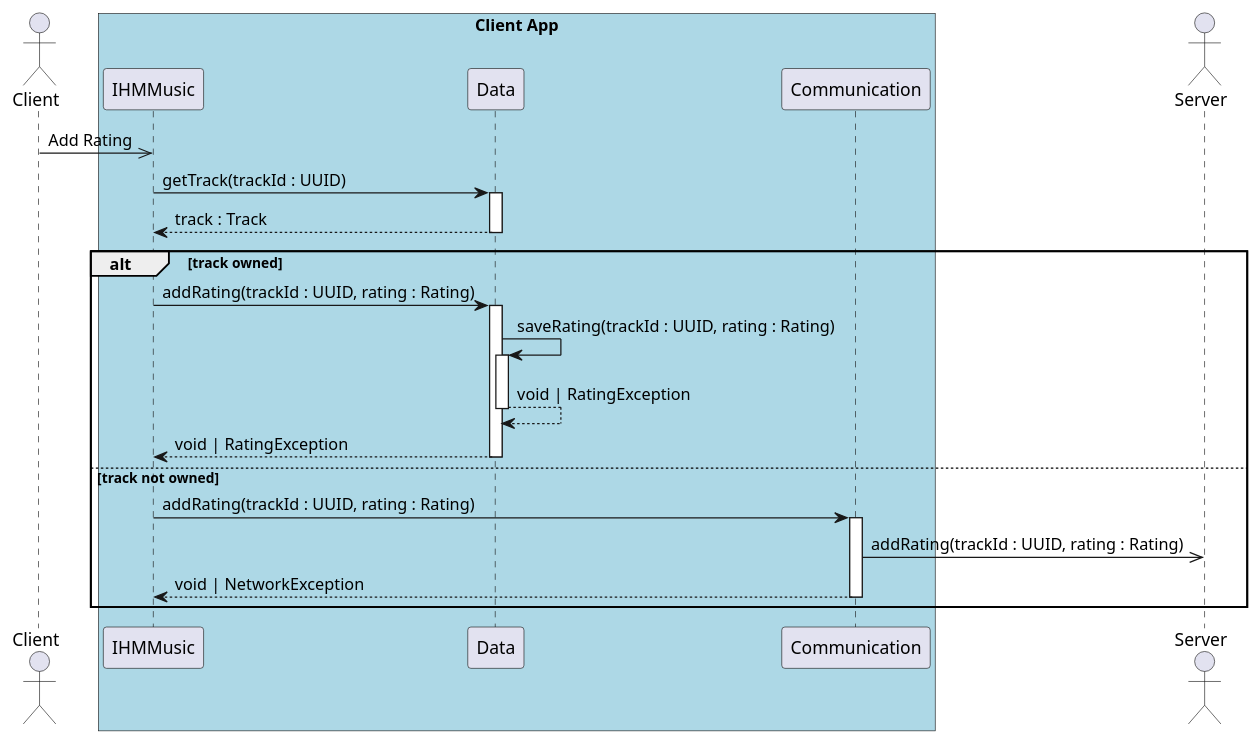
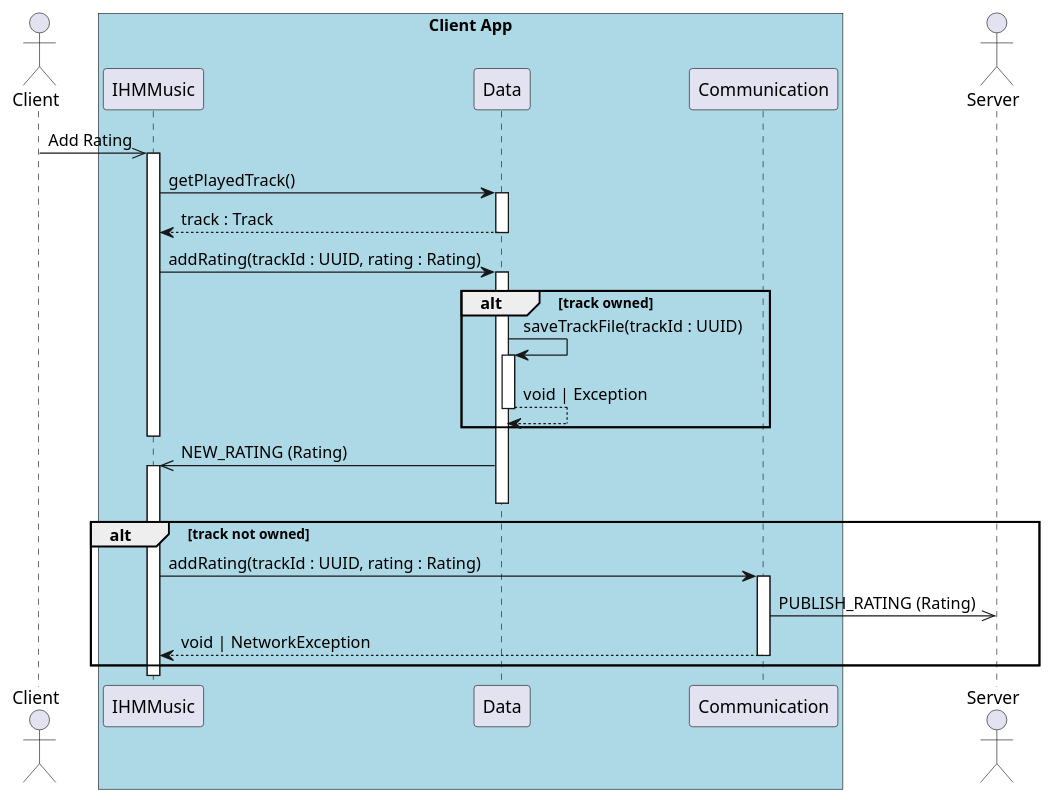
One commit to UTCAI12/Diagrams changed the diagram in sequence/4.1_add_rating_client.puml. Above: the diagram before and after it, drawn with PlantUML. The commit also changed 12 other files, not shown here.

```diff
--- a/sequence/4.1_add_rating_client.puml
+++ b/sequence/4.1_add_rating_client.puml
@@ -1,31 +1,36 @@
-@startuml 4.1. User add a rating to a music (client - sender)
+@startuml 4.1. User add a rating to a music (sender client side)
 
 actor Client as client
 
 box "Client App" #LightBlue
     participant IHMMusic as ihm
     participant Data as data
     participant Communication as com
 end box
 
 actor Server as server
 
-client ->> ihm : Add Rating
+client ->> ihm++: Add Rating
 
-ihm -> data++ : getTrack(trackId : UUID)
+ihm -> data++ : getPlayedTrack()
 return track : Track
 
+
+ihm -> data++ : addRating(trackId : UUID, rating : Rating)
 alt track owned
-    ihm -> data++ : addRating(trackId : UUID, rating : Rating)
-    data -> data++ : saveRating(trackId : UUID, rating : Rating)
-    return void | RatingException
-    return void | RatingException
-else track not owned
+    data->data++: saveTrackFile(trackId : UUID)
+    return void | Exception
+end
+
+deactivate ihm
+data->>ihm++:  NEW_RATING (Rating) 
+deactivate data 
+
+alt track not owned
     ihm -> com++ : addRating(trackId : UUID, rating : Rating)
-    com ->> server : addRating(trackId : UUID, rating : Rating)
+    com ->> server : PUBLISH_RATING (Rating)
     return void | NetworkException
 end
 
-deactivate ihm
 
 @enduml
```
